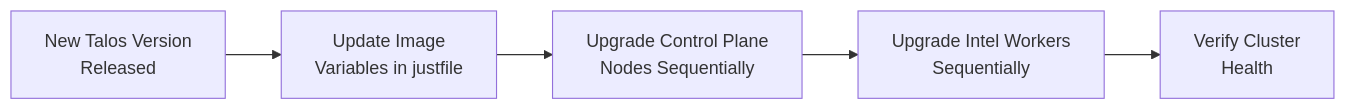
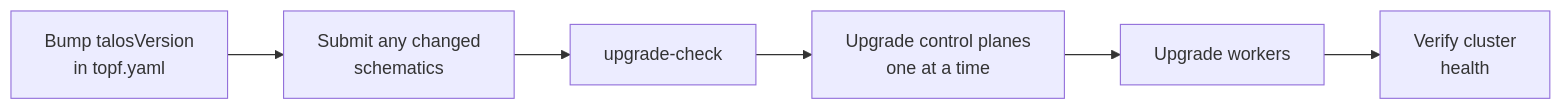
One commit to swibrow/home-ops changed the diagram in docs/infrastructure/node-management.md. Above: the diagram before and after it, drawn with Mermaid. The commit also changed other lines of this file and 105 other files, not shown here.

````diff
--- a/docs/infrastructure/node-management.md
+++ b/docs/infrastructure/node-management.md
@@ -128,7 +75,8 @@
 ```mermaid
 flowchart LR
-    A[New Talos Version<br/>Released] --> B[Update Image<br/>Variables in justfile]
-    B --> C[Upgrade Control Plane<br/>Nodes Sequentially]
-    C --> D[Upgrade Intel Workers<br/>Sequentially]
-    D --> F[Verify Cluster<br/>Health]
+    A[Bump talosVersion<br/>in topf.yaml] --> B[Submit any changed<br/>schematics]
+    B --> C[upgrade-check]
+    C --> D[Upgrade control planes<br/>one at a time]
+    D --> E[Upgrade workers]
+    E --> F[Verify cluster<br/>health]
 ```
````
